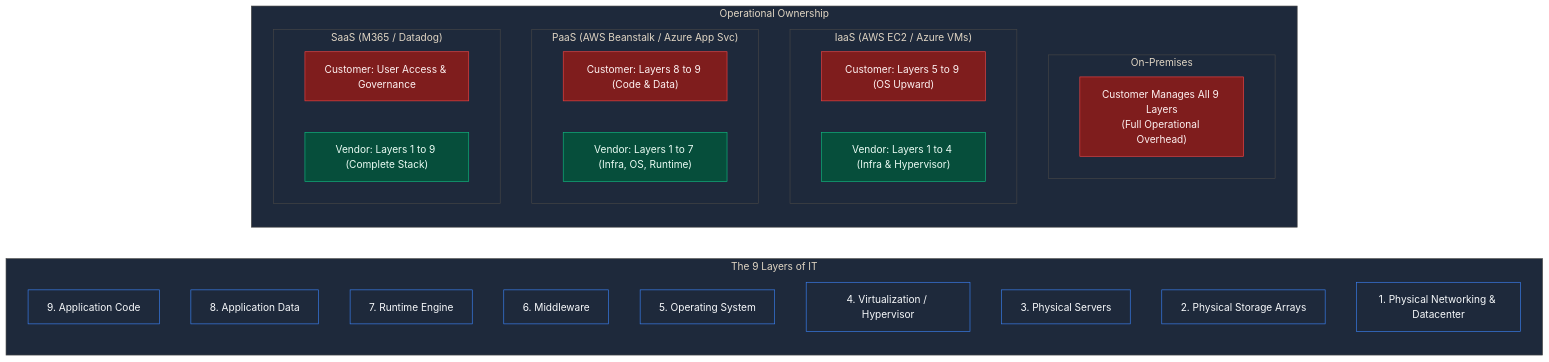
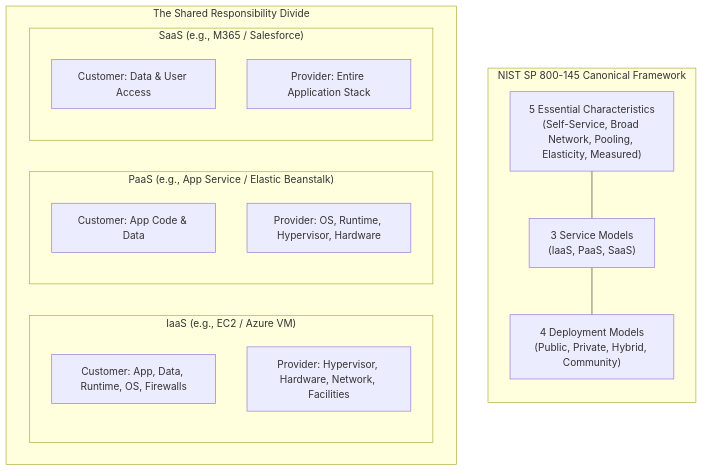
One commit to shreyash2601/bits-notes changed the diagram in Cloud Computing/Lecture 1/Lecture_01_Notes.md. Above: the diagram before and after it, drawn with Mermaid. The commit also changed other lines of this file and 31 other files, not shown here.

````diff
--- a/Cloud Computing/Lecture 1/Lecture_01_Notes.md
+++ b/Cloud Computing/Lecture 1/Lecture_01_Notes.md
@@ -289,41 +110,26 @@
 ```mermaid
-%%{init: {'theme': 'base', 'themeVariables': { 'darkMode': true, 'background': '#0f172a', 'primaryColor': '#1e293b', 'primaryTextColor': '#f8fafc', 'primaryBorderColor': '#3b82f6', 'lineColor': '#60a5fa', 'secondaryColor': '#334155', 'tertiaryColor': '#1e293b' }}}%%
-graph LR
-    subgraph Layers["The 9 Layers of IT"]
-        L9["9. Application Code"]
-        L8["8. Application Data"]
-        L7["7. Runtime Engine"]
-        L6["6. Middleware"]
-        L5["5. Operating System"]
-        L4["4. Virtualization / Hypervisor"]
-        L3["3. Physical Servers"]
-        L2["2. Physical Storage Arrays"]
-        L1["1. Physical Networking & Datacenter"]
+flowchart TD
+    subgraph NIST["NIST SP 800-145 Canonical Framework"]
+        direction TB
+        C["5 Essential Characteristics<br/>(Self-Service, Broad Network, Pooling, Elasticity, Measured)"]
+        S["3 Service Models<br/>(IaaS, PaaS, SaaS)"]
+        D["4 Deployment Models<br/>(Public, Private, Hybrid, Community)"]
+        C --- S --- D
     end
 
-    subgraph Boundaries["Operational Ownership"]
-        subgraph ON["On-Premises"]
-            O1["Customer Manages All 9 Layers<br/>(Full Operational Overhead)"]
+    subgraph Responsibility["The Shared Responsibility Divide"]
+        direction LR
+        subgraph IaaS["IaaS (e.g., EC2 / Azure VM)"]
+            I_Cust["Customer: App, Data, Runtime, OS, Firewalls"]
+            I_Prov["Provider: Hypervisor, Hardware, Network, Facilities"]
         end
-        subgraph IA["IaaS (AWS EC2 / Azure VMs)"]
-            I_Cust["Customer: Layers 5 to 9 (OS Upward)"]
-            I_Vend["Vendor: Layers 1 to 4 (Infra & Hypervisor)"]
+        subgraph PaaS["PaaS (e.g., App Service / Elastic Beanstalk)"]
+            P_Cust["Customer: App Code & Data"]
+            P_Prov["Provider: OS, Runtime, Hypervisor, Hardware"]
         end
-        subgraph PA["PaaS (AWS Beanstalk / Azure App Svc)"]
-            P_Cust["Customer: Layers 8 to 9 (Code & Data)"]
-            P_Vend["Vendor: Layers 1 to 7 (Infra, OS, Runtime)"]
-        end
-        subgraph SA["SaaS (M365 / Datadog)"]
-            S_Cust["Customer: User Access & Governance"]
-            S_Vend["Vendor: Layers 1 to 9 (Complete Stack)"]
+        subgraph SaaS["SaaS (e.g., M365 / Salesforce)"]
+            S_Cust["Customer: Data & User Access"]
+            S_Prov["Provider: Entire Application Stack"]
         end
     end
-
-    style O1 fill:#7f1d1d,stroke:#ef4444,color:#fef2f2
-    style I_Cust fill:#7f1d1d,stroke:#ef4444,color:#fef2f2
-    style I_Vend fill:#064e3b,stroke:#10b981,color:#ecfdf5
-    style P_Cust fill:#7f1d1d,stroke:#ef4444,color:#fef2f2
-    style P_Vend fill:#064e3b,stroke:#10b981,color:#ecfdf5
-    style S_Cust fill:#7f1d1d,stroke:#ef4444,color:#fef2f2
-    style S_Vend fill:#064e3b,stroke:#10b981,color:#ecfdf5
 ```
````
